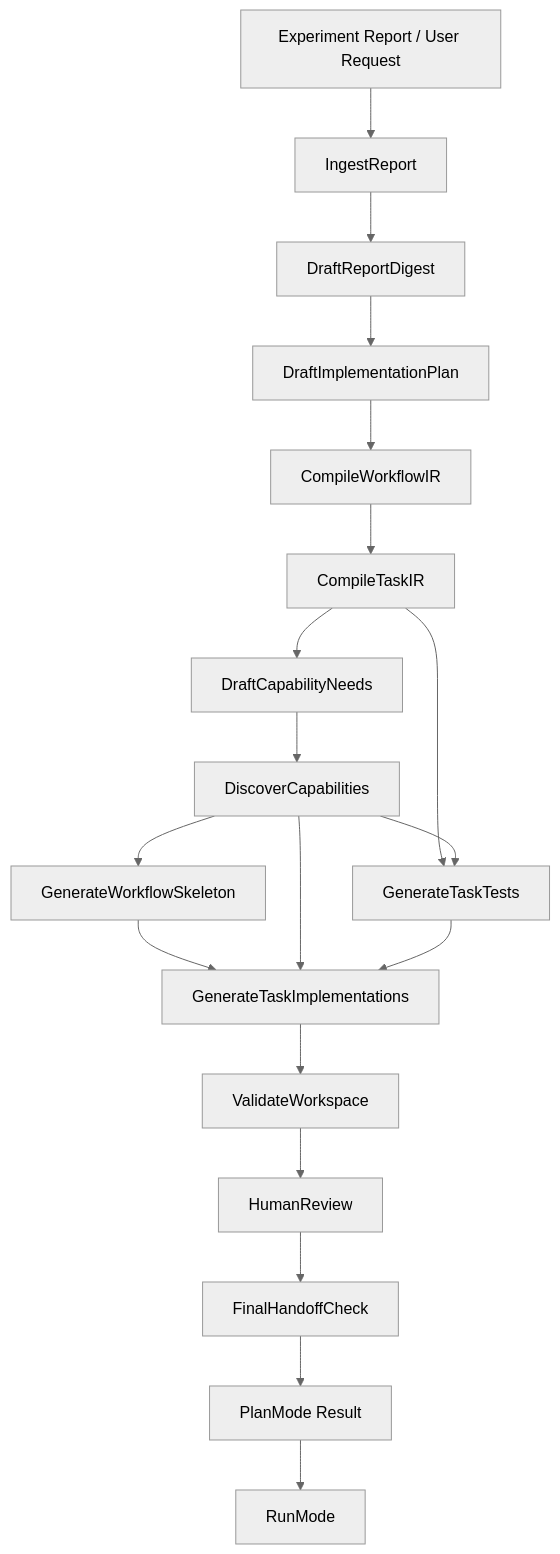
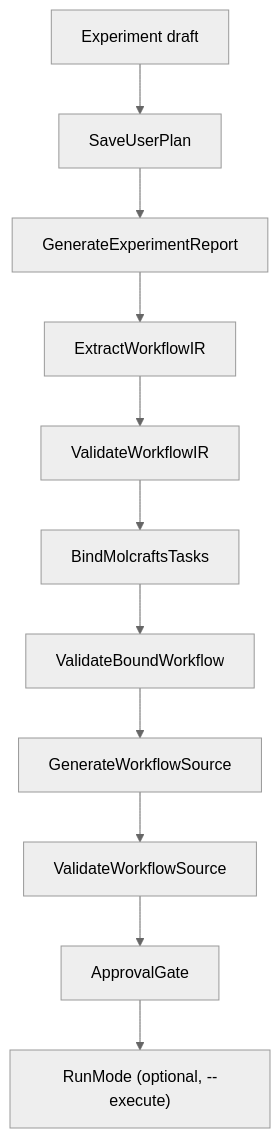
The first of 2 diagrams in docs/architecture/plan-mode.md (Roy-Kid/molexp), drawn with Mermaid (neutral theme) before and after one commit. The commit also changed other lines of this file and 11 other files, not shown here.

First line of the commit message:
docs: realign agent + plan-mode docs to the harness Mode pipelines

````diff
--- a/docs/architecture/plan-mode.md
+++ b/docs/architecture/plan-mode.md
@@ -15,21 +35,13 @@
 ```mermaid
 flowchart TD
-    A["Experiment Report / User Request"] --> B["IngestReport"]
-    B --> C["DraftReportDigest"]
-    C --> D["DraftImplementationPlan"]
-    D --> E["CompileWorkflowIR"]
-    E --> F["CompileTaskIR"]
-    F --> CN["DraftCapabilityNeeds"]
-    CN --> CD["DiscoverCapabilities"]
-    CD --> G["GenerateWorkflowSkeleton"]
-    F --> H["GenerateTaskTests"]
-    CD --> H
-    G --> I["GenerateTaskImplementations"]
-    CD --> I
-    H --> I
-    I --> J["ValidateWorkspace"]
-    J --> K["HumanReview"]
-    K --> X["FinalHandoffCheck"]
-    X --> L["PlanMode Result"]
-    L --> M["RunMode"]
+    A["Experiment draft"] --> S1["SaveUserPlan"]
+    S1 --> S2["GenerateExperimentReport"]
+    S2 --> S3["ExtractWorkflowIR"]
+    S3 --> S4["ValidateWorkflowIR"]
+    S4 --> S5["BindMolcraftsTasks"]
+    S5 --> S6["ValidateBoundWorkflow"]
+    S6 --> S7["GenerateWorkflowSource"]
+    S7 --> S8["ValidateWorkflowSource"]
+    S8 --> S9["ApprovalGate"]
+    S9 --> R["RunMode (optional, --execute)"]
 ```
````
